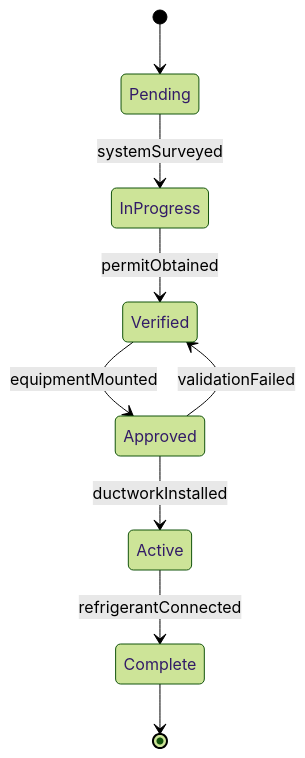
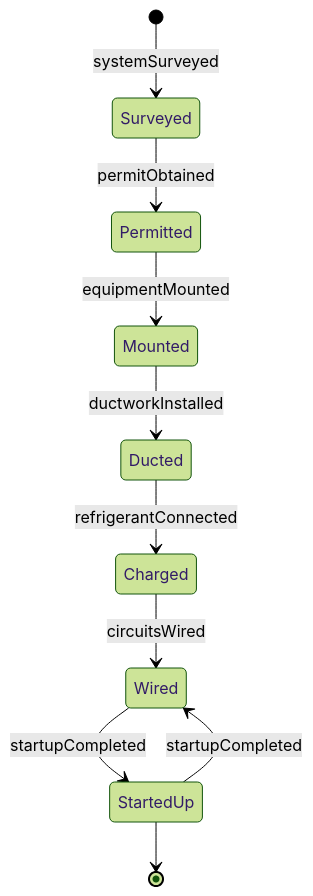
One commit to dot-org-ai/tasks.org.ai changed the second of 4 diagrams in HandlingAndMovingObjects/InstallEnergyOrHeatingEquipment/InstallHeatingVentilationAirConditioning.mdx. Above: the diagram before and after it, drawn with Mermaid (forest theme). The commit also changed other lines of this file and 515 other files, not shown here.

````diff
--- a/HandlingAndMovingObjects/InstallEnergyOrHeatingEquipment/InstallHeatingVentilationAirConditioning.mdx
+++ b/HandlingAndMovingObjects/InstallEnergyOrHeatingEquipment/InstallHeatingVentilationAirConditioning.mdx
@@ -101,11 +102,12 @@
 ```mermaid
 stateDiagram-v2
-    [*] --> Pending
-    Pending --> InProgress : systemSurveyed
-    InProgress --> Verified : permitObtained
-    Verified --> Approved : equipmentMounted
-    Approved --> Active : ductworkInstalled
-    Active --> Complete : refrigerantConnected
-    Approved --> Verified : validationFailed
-    Complete --> [*]
+    [*] --> Surveyed : systemSurveyed
+    Surveyed --> Permitted : permitObtained
+    Permitted --> Mounted : equipmentMounted
+    Mounted --> Ducted : ductworkInstalled
+    Ducted --> Charged : refrigerantConnected
+    Charged --> Wired : circuitsWired
+    Wired --> StartedUp : startupCompleted
+    StartedUp --> Wired : startupCompleted
+    StartedUp --> [*]
 ```
````
